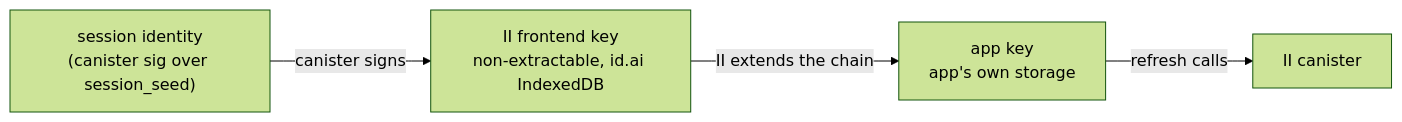
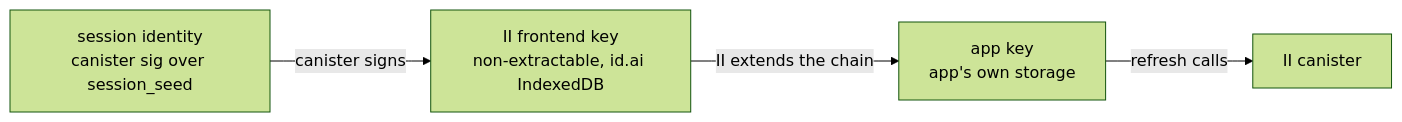
Before and after one commit to dfinity/internet-identity: the second of 7 diagrams in docs/ongoing/revocable-app-sessions.md, drawn with Mermaid (forest theme). The commit also changed other lines of this file, not shown here.

````diff
--- a/docs/ongoing/revocable-app-sessions.md
+++ b/docs/ongoing/revocable-app-sessions.md
@@ -108,6 +161,6 @@
 ```mermaid
 flowchart LR
-    A["session identity<br/>(canister sig over session_seed)"] -->|canister signs| B["II frontend key<br/>non-extractable, id.ai IndexedDB"]
+    A["session identity<br/>canister sig over session_seed"] -->|canister signs| B["II frontend key<br/>non-extractable, id.ai IndexedDB"]
     B -->|II extends the chain| C["app key<br/>app's own storage"]
     C -->|refresh calls| D[II canister]
 ```
````
